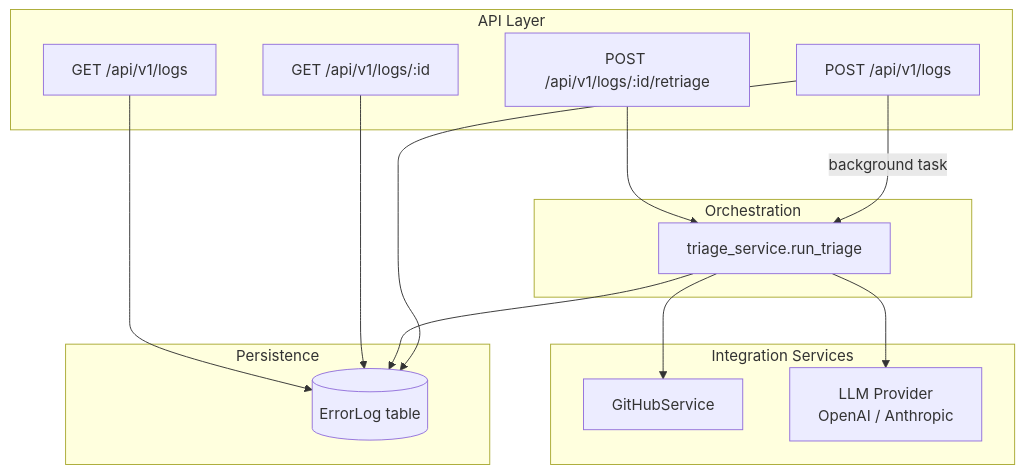
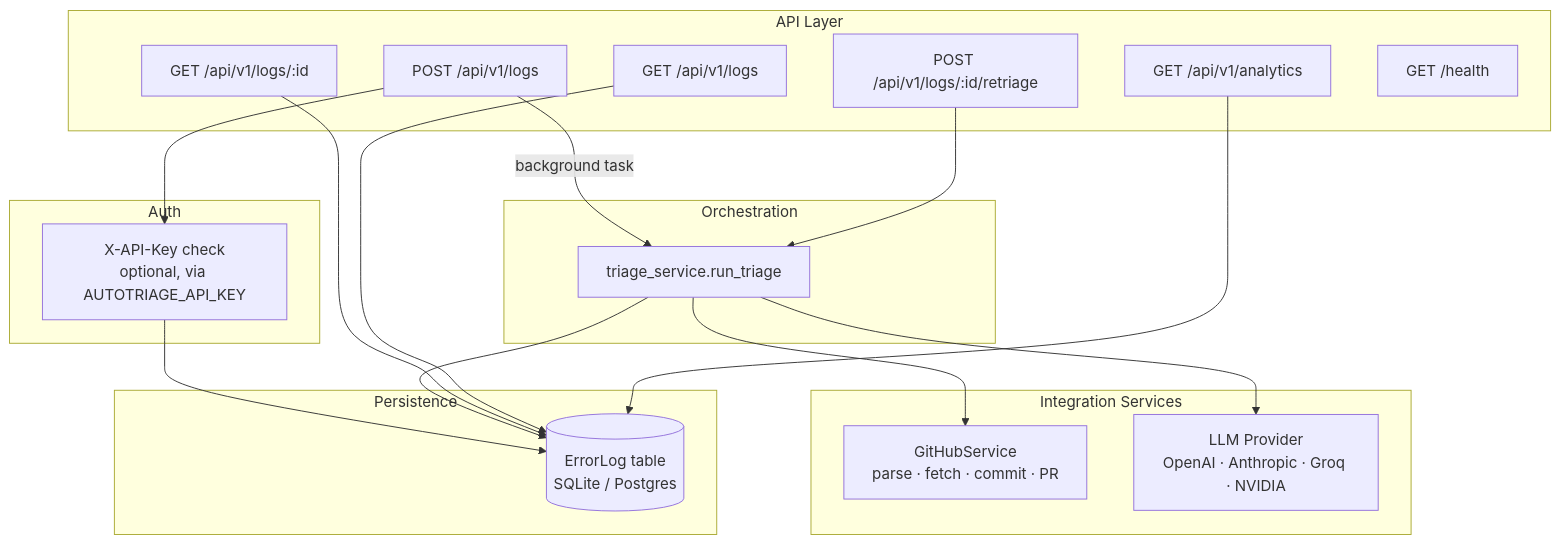
The first of 2 diagrams in docs/ARCHITECTURE.md (SabarishR08/autotriage), drawn with Mermaid before and after one commit. The commit also changed other lines of this file and 10 other files, not shown here.

````diff
--- a/docs/ARCHITECTURE.md
+++ b/docs/ARCHITECTURE.md
@@ -7,31 +7,38 @@
 ```mermaid
 flowchart TD
     subgraph API Layer
         A1[POST /api/v1/logs]
         A2[GET /api/v1/logs/:id]
         A3[GET /api/v1/logs]
         A4[POST /api/v1/logs/:id/retriage]
+        A5[GET /api/v1/analytics]
+        A6[GET /health]
+    end
+
+    subgraph Auth
+        AK[X-API-Key check<br/>optional, via AUTOTRIAGE_API_KEY]
     end
 
     subgraph Orchestration
         T[triage_service.run_triage]
     end
 
     subgraph Integration Services
-        G[GitHubService]
-        L[LLM Provider<br/>OpenAI / Anthropic]
+        G[GitHubService<br/>parse · fetch · commit · PR]
+        L[LLM Provider<br/>OpenAI · Anthropic · Groq · NVIDIA]
     end
 
     subgraph Persistence
-        DB[(ErrorLog table)]
+        DB[(ErrorLog table<br/>SQLite / Postgres)]
     end
 
-    A1 --> DB
+    A1 --> AK --> DB
     A1 -- background task --> T
     A4 --> T
     T --> G
     T --> L
     T --> DB
     A2 --> DB
     A3 --> DB
+    A5 --> DB
 ```
````
